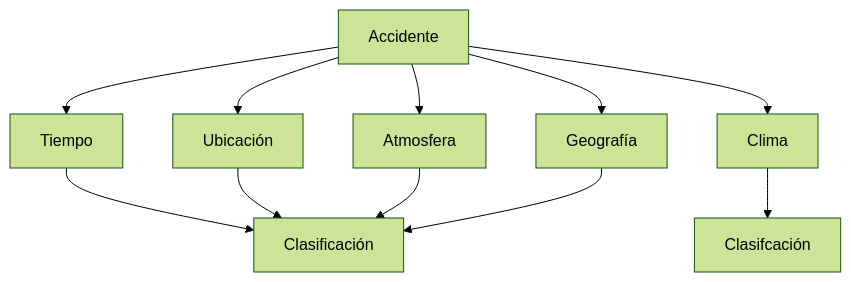
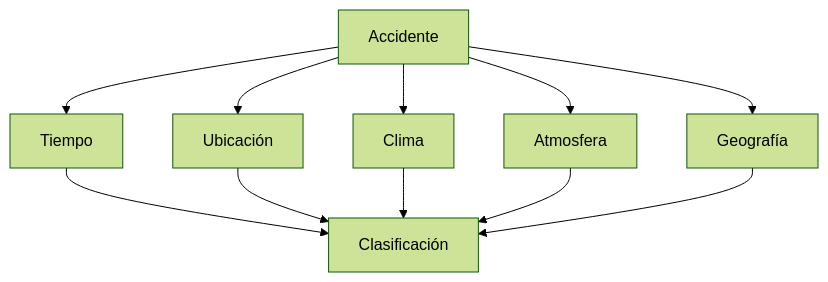
The diagram in tarea1.md (VicoSan07/EjemploBD), drawn with Mermaid (forest theme) before and after one commit. The commit also changed other lines of this file, not shown here.

````diff
--- a/tarea1.md
+++ b/tarea1.md
@@ -18,13 +18,13 @@
 ```mermaid
     graph TD;
     Accidente-->Tiempo;
     Accidente-->Ubicación; 
     Accidente-->Clima;
     Accidente-->Atmosfera;
     Accidente-->Geografía;
     Tiempo--> Clasificación;
     Ubicación --> Clasificación;
-    Clima --> Clasifcación;
+    Clima --> Clasificación;
     Atmosfera --> Clasificación;
     Geografía --> Clasificación;
 ```
````
